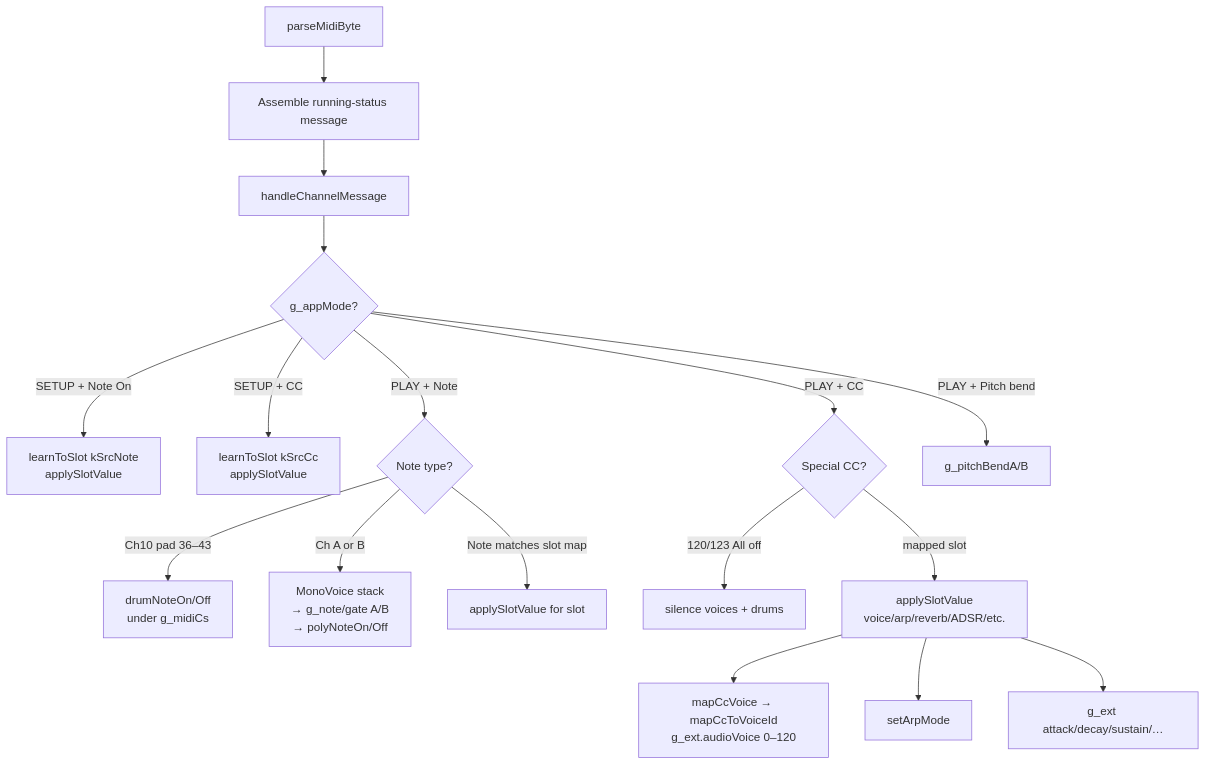
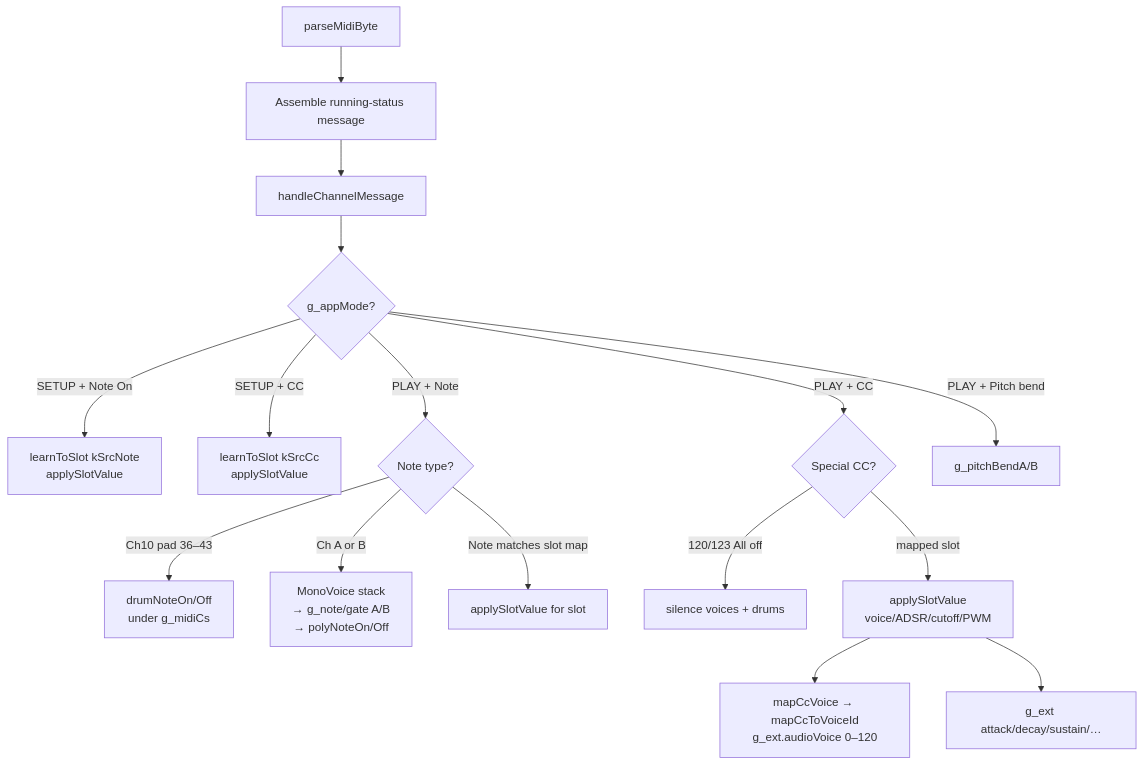
Before and after one commit to TomWhitwell/Workshop_Computer: the fourth of 10 diagrams in releases/92_usb_midi_host_synth/docs/CONTROL_FLOW.md, drawn with Mermaid. The commit also changed other lines of this file and 24 other files, not shown here.

First line of the commit message:
Remove arp and reverb from USB MIDI Host Synth (v0.10.0)

````diff
--- a/releases/92_usb_midi_host_synth/docs/CONTROL_FLOW.md
+++ b/releases/92_usb_midi_host_synth/docs/CONTROL_FLOW.md
@@ -172,25 +172,24 @@
 ```mermaid
 flowchart TD
     BYTE[parseMidiByte] --> ASM[Assemble running-status message]
     ASM --> HCM[handleChannelMessage]
 
     HCM --> MODE{g_appMode?}
 
     MODE -->|SETUP + Note On| LEARN_N[learnToSlot kSrcNote<br/>applySlotValue]
     MODE -->|SETUP + CC| LEARN_C[learnToSlot kSrcCc<br/>applySlotValue]
 
     MODE -->|PLAY + Note| NOTE{Note type?}
     NOTE -->|Ch10 pad 36–43| DRUM[drumNoteOn/Off<br/>under g_midiCs]
     NOTE -->|Ch A or B| VOICE[MonoVoice stack<br/>→ g_note/gate A/B<br/>→ polyNoteOn/Off]
     NOTE -->|Note matches slot map| SLOT_N[applySlotValue for slot]
 
     MODE -->|PLAY + CC| CC{Special CC?}
     CC -->|120/123 All off| SILENCE[silence voices + drums]
-    CC -->|mapped slot| SLOT_C[applySlotValue<br/>voice/arp/reverb/ADSR/etc.]
+    CC -->|mapped slot| SLOT_C[applySlotValue<br/>voice/ADSR/cutoff/PWM]
 
     MODE -->|PLAY + Pitch bend| BEND[g_pitchBendA/B]
 
     SLOT_C --> VOICE_MAP[mapCcVoice → mapCcToVoiceId<br/>g_ext.audioVoice 0–120]
-    SLOT_C --> ARP[setArpMode]
     SLOT_C --> PARAMS[g_ext attack/decay/sustain/…]
 ```
````
